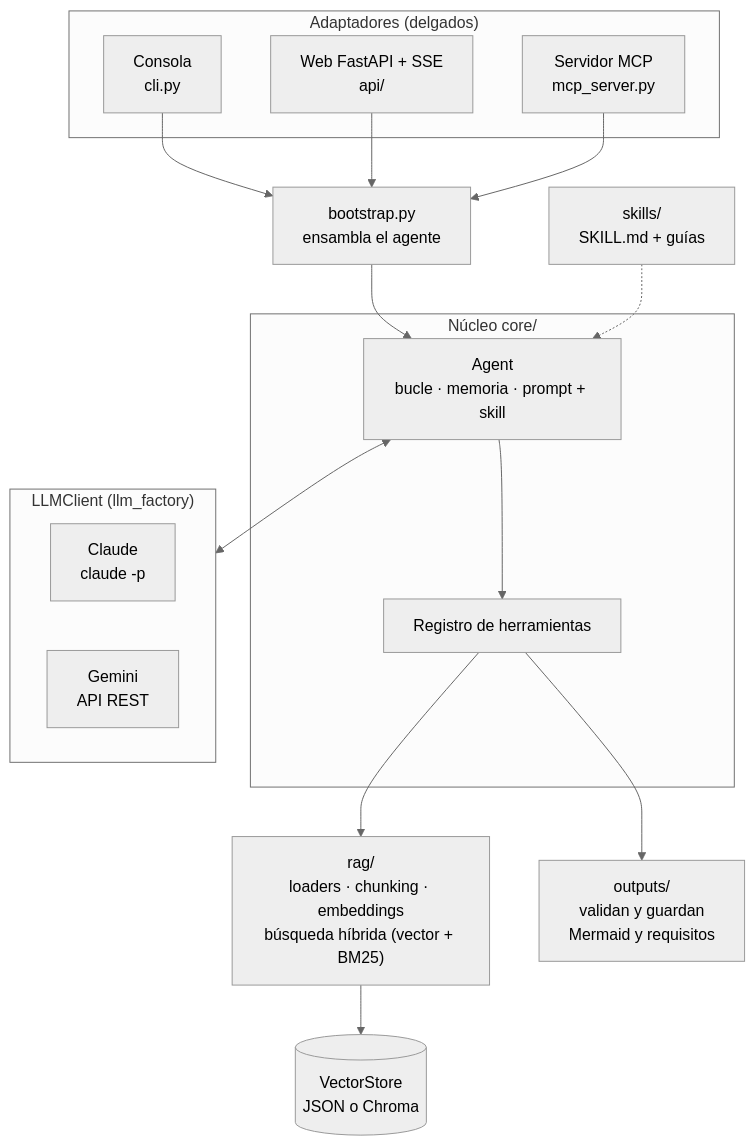
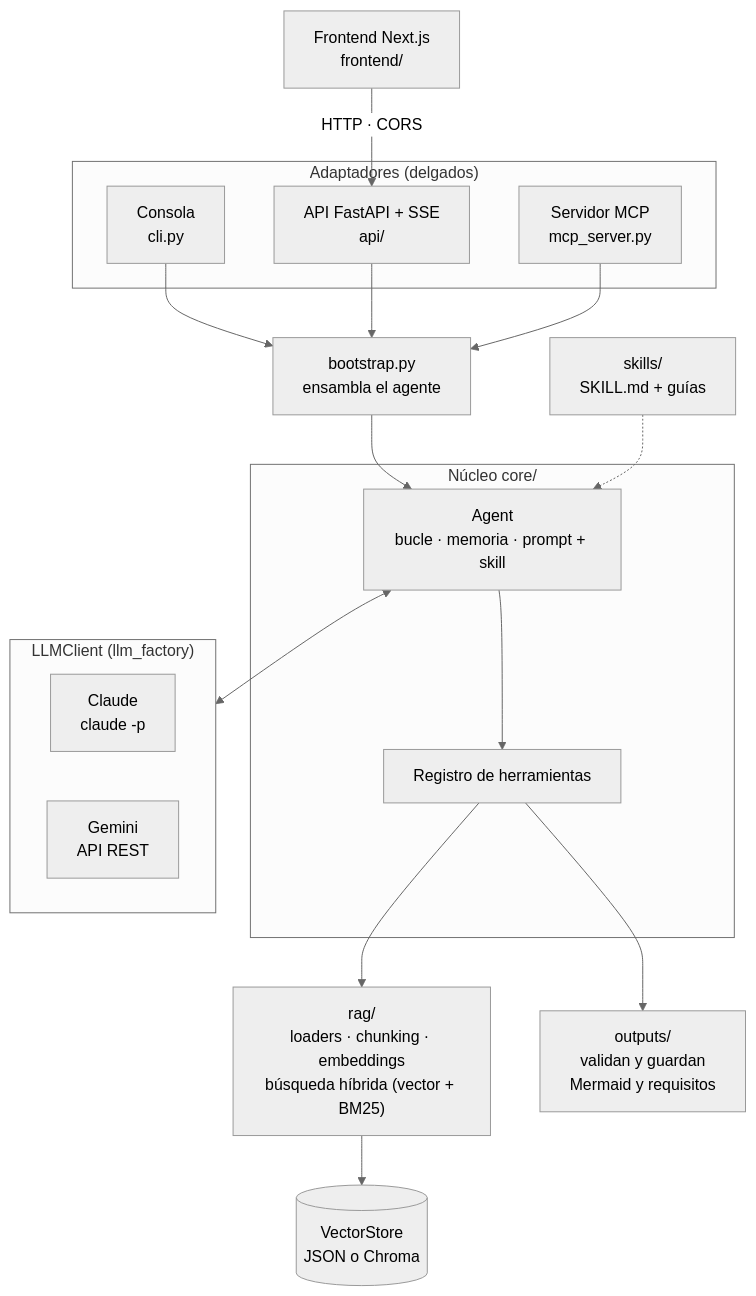
The first of 2 diagrams in README.md (VictorMA18/AgentDocs), drawn with Mermaid (neutral theme) before and after one commit. The commit also changed other lines of this file and 5 other files, not shown here.

````diff
--- a/README.md
+++ b/README.md
@@ -91,31 +93,33 @@
 ```mermaid
 flowchart TD
+    UI["Frontend Next.js<br/>frontend/"]
     subgraph ADAPT["Adaptadores (delgados)"]
         CLI["Consola<br/>cli.py"]
-        WEB["Web FastAPI + SSE<br/>api/"]
+        WEB["API FastAPI + SSE<br/>api/"]
         MCP["Servidor MCP<br/>mcp_server.py"]
     end
     BOOT["bootstrap.py<br/>ensambla el agente"]
     subgraph NUCLEO["Núcleo core/"]
         AG["Agent<br/>bucle · memoria · prompt + skill"]
         TOOLS["Registro de herramientas"]
     end
     subgraph LLMS["LLMClient (llm_factory)"]
         CLAUDE["Claude<br/>claude -p"]
         GEMINI["Gemini<br/>API REST"]
     end
     SKILL["skills/<br/>SKILL.md + guías"]
     RAG["rag/<br/>loaders · chunking · embeddings<br/>búsqueda híbrida (vector + BM25)"]
     VS[("VectorStore<br/>JSON o Chroma")]
     OUT["outputs/<br/>validan y guardan<br/>Mermaid y requisitos"]
+    UI -- "HTTP · CORS" --> WEB
     CLI --> BOOT
     WEB --> BOOT
     MCP --> BOOT
     BOOT --> AG
     AG <--> LLMS
     AG --> TOOLS
     SKILL -.-> AG
     TOOLS --> RAG
     TOOLS --> OUT
     RAG --> VS
 ```
````
